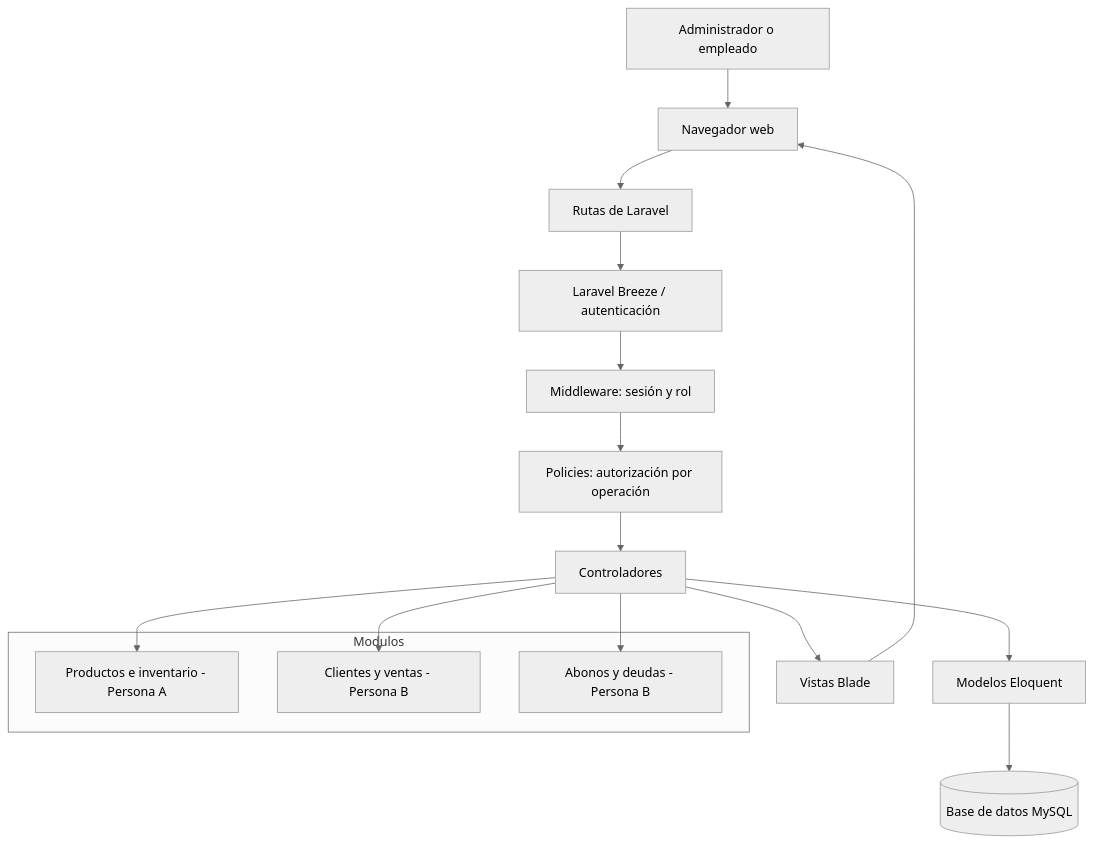
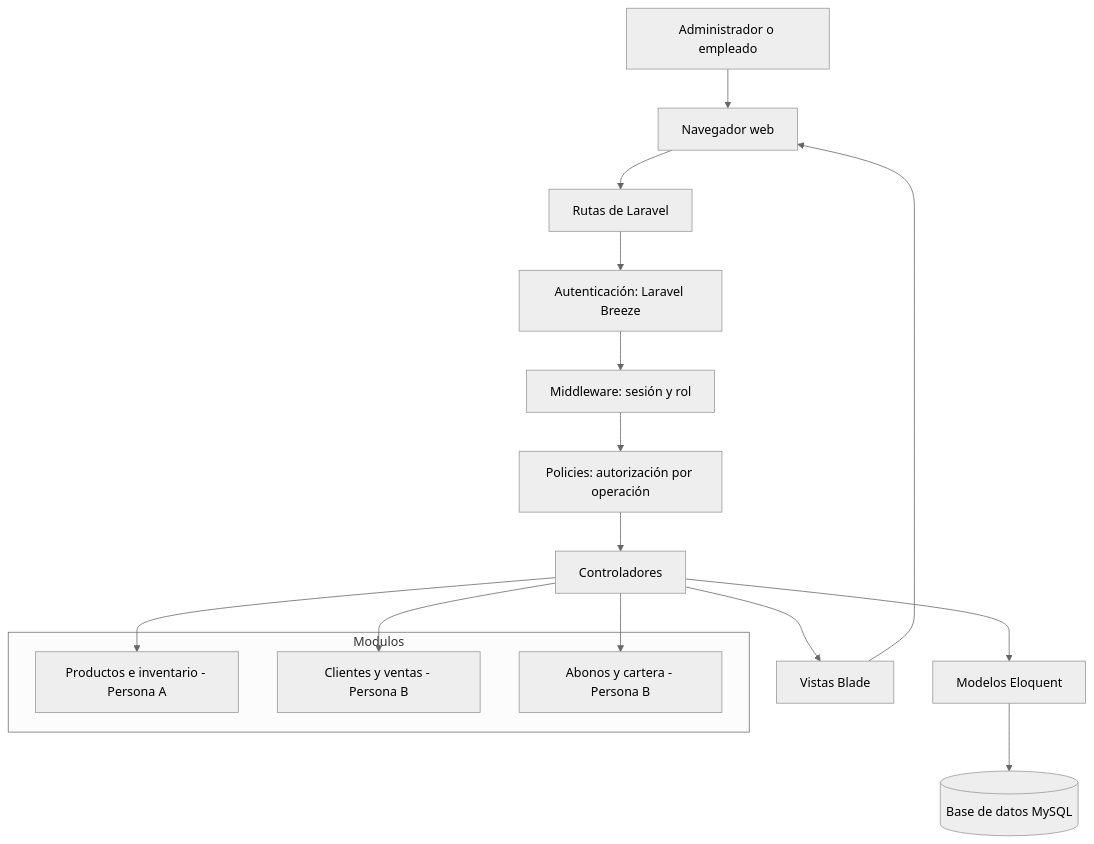
Before and after one commit to lysusco/MiniMarketElAhorro: the fifth of 6 diagrams in README.md, drawn with Mermaid (neutral theme). The commit also changed other lines of this file, not shown here.

````diff
--- a/README.md
+++ b/README.md
@@ -354,22 +387,22 @@
 ```mermaid
 flowchart TD
     U[Administrador o empleado] --> B[Navegador web]
     B --> R[Rutas de Laravel]
-    R --> A[Laravel Breeze / autenticación]
-    A --> M[Middleware: sesión y rol]
-    M --> P[Policies: autorización por operación]
-    P --> C[Controladores]
+    R --> AU[Autenticación: Laravel Breeze]
+    AU --> MW[Middleware: sesión y rol]
+    MW --> PO[Policies: autorización por operación]
+    PO --> C[Controladores]
     C --> V[Vistas Blade]
-    C --> MO[Modelos Eloquent]
-    MO --> DB[(Base de datos MySQL)]
+    C --> M[Modelos Eloquent]
+    M --> DB[(Base de datos MySQL)]
     V --> B
 
     subgraph Modulos
-      C1[Productos e inventario - Persona A]
-      C2[Clientes y ventas - Persona B]
-      C3[Abonos y deudas - Persona B]
+      A[Productos e inventario - Persona A]
+      S[Clientes y ventas - Persona B]
+      F[Abonos y cartera - Persona B]
     end
-    C --> C1
-    C --> C2
-    C --> C3
+    C --> A
+    C --> S
+    C --> F
 ```
````
